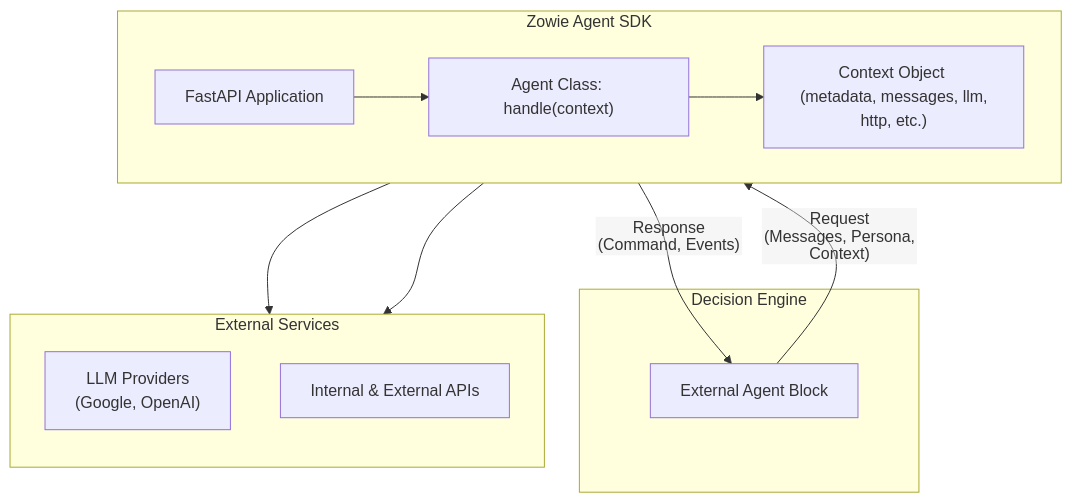
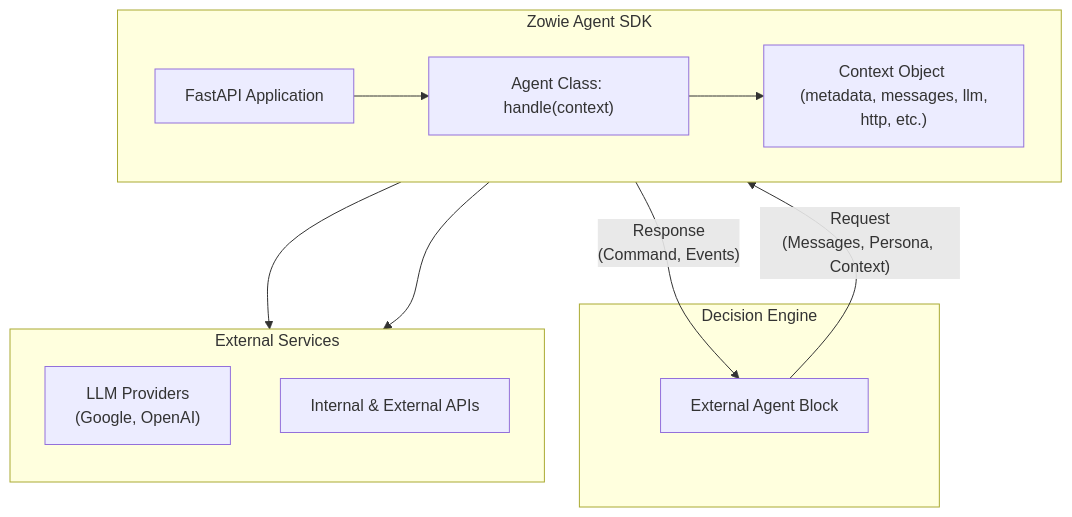
The diagram in README.md (chatbotizeteam/zowie-agent-sdk-python), drawn with Mermaid before and after one commit.

Commit message:
Remove init

````diff
--- a/README.md
+++ b/README.md
@@ -46,26 +46,24 @@
 ```mermaid
-%%{init: {"flowchart": {"htmlLabels": false}} }%%
-
 flowchart TD
     subgraph DecisionEngine [Decision Engine]
         DE_Core[External Agent Block]
     end
 
     subgraph AgentSDK [Zowie Agent SDK]
         direction LR
         FastAPI[FastAPI Application] --> AgentClass["Agent Class: handle(context)"]
         AgentClass --> Context["Context Object <br/> (metadata, messages, llm, http, etc.)"]
     end
 
     subgraph ExternalServices [External Services]
         direction TB
         LLM["LLM Providers <br/> (Google, OpenAI)"]
         HTTP[Internal & External APIs]
     end
 
     DE_Core -- Request<br/>(Messages, Persona, Context) --> FastAPI
     FastAPI -- Response<br/>(Command, Events) --> DE_Core
 
     Context --> LLM
     Context --> HTTP
 ```
````
